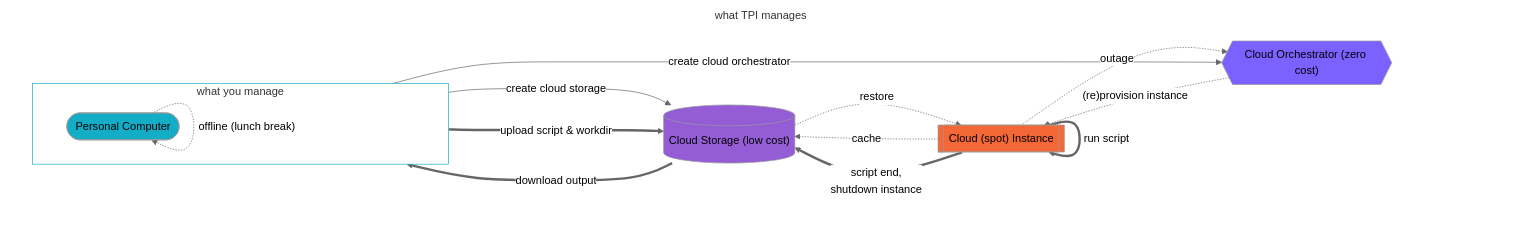
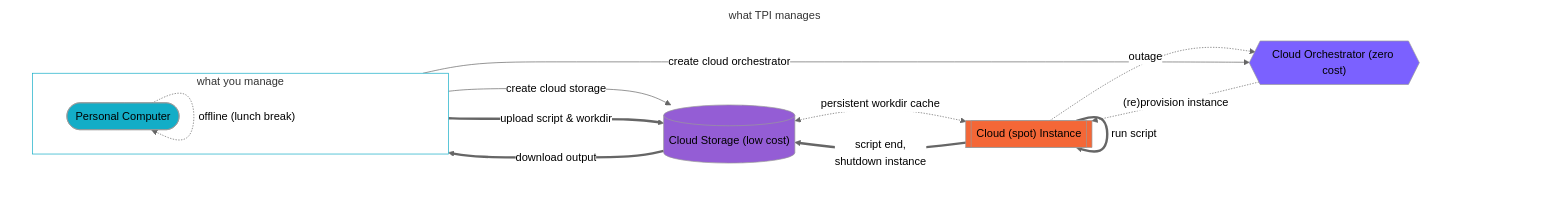
Before and after one commit to iterative/terraform-provider-iterative: the diagram in README.md, drawn with Mermaid (neutral theme).

Commit message:
bi-directional cache

````diff
--- a/README.md
+++ b/README.md
@@ -135,30 +135,29 @@
 ```mermaid
 flowchart LR
 subgraph tpi [what TPI manages]
 direction LR
     subgraph you [what you manage]
         direction LR
         A([Personal Computer])
     end
     B[("Cloud Storage (low cost)")]
     C{{"Cloud Orchestrator (zero cost)"}}
     D[["Cloud (spot) Instance"]]
     A ---> |create cloud storage| B
     A --> |create cloud orchestrator| C
     A ==> |upload script & workdir| B
     A -.-> |"offline (lunch break)"| A
     C -.-> |"(re)provision instance"| D
     D ==> |run script| D
-    B -.-> |restore| D
-    D -.-> |cache| B
+    B <-.-> |persistent workdir cache| D
     D ==> |script end,\nshutdown instance| B
     D -.-> |outage| C
     B ==> |download output| A
 end
 style you fill:#fff,stroke:#13ADC7
 style tpi fill:#fff,stroke:#fff,stroke-width:0px
 style A fill:#13ADC7
 style B fill:#945DD5
 style D fill:#F46737
 style C fill:#7B61FF
 ```
````
